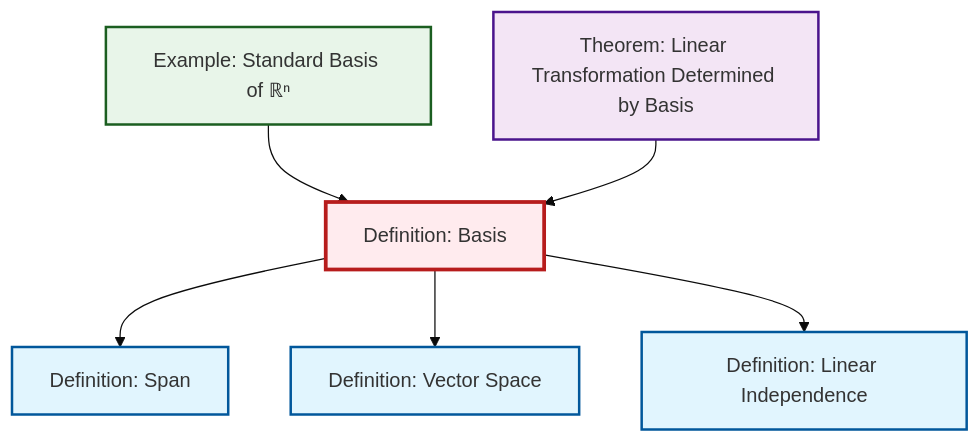
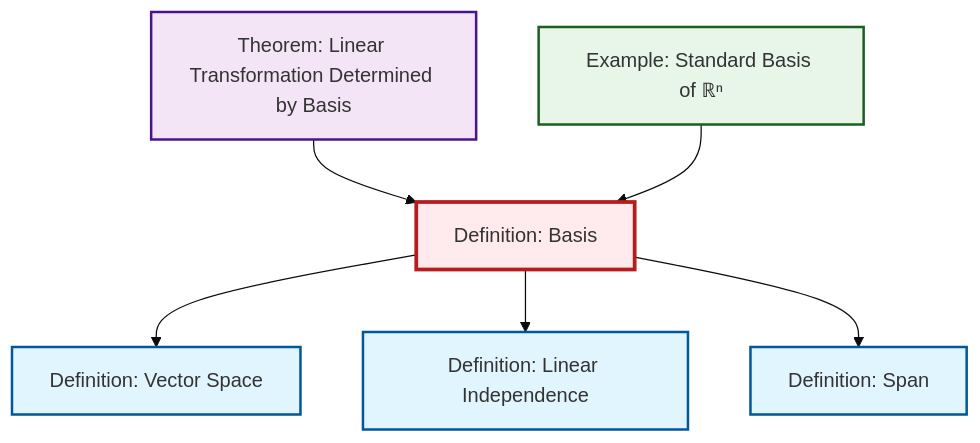
One commit to RK0429/ModernMath changed the diagram in content/ja/algebra/def-basis.qmd. Above: the diagram before and after it, drawn with Mermaid (base theme). The commit also changed other lines of this file and 474 other files, not shown here.

````diff
--- a/content/ja/algebra/def-basis.qmd
+++ b/content/ja/algebra/def-basis.qmd
@@ -56,26 +56,26 @@
 ```{mermaid}
 %%| fig-cap: "Local dependency graph"
 graph TD
     classDef definition fill:#e1f5fe,stroke:#01579b,stroke-width:2px
     classDef theorem fill:#f3e5f5,stroke:#4a148c,stroke-width:2px
     classDef axiom fill:#fff3e0,stroke:#e65100,stroke-width:2px
     classDef example fill:#e8f5e9,stroke:#1b5e20,stroke-width:2px
     classDef current fill:#ffebee,stroke:#b71c1c,stroke-width:3px
+    def-linear-independence["Definition: Linear Independence"]:::definition
     thm-linear-transformation-basis["Theorem: Linear Transformation Determined by Basis"]:::theorem
-    def-linear-independence["Definition: Linear Independence"]:::definition
+    def-vector-space["Definition: Vector Space"]:::definition
     def-basis["Definition: Basis"]:::definition
     ex-standard-basis-rn["Example: Standard Basis of ℝⁿ"]:::example
     def-span["Definition: Span"]:::definition
-    def-vector-space["Definition: Vector Space"]:::definition
-    ex-standard-basis-rn --> def-basis
-    def-basis --> def-span
     thm-linear-transformation-basis --> def-basis
     def-basis --> def-vector-space
+    ex-standard-basis-rn --> def-basis
     def-basis --> def-linear-independence
+    def-basis --> def-span
     class def-basis current
+    click def-linear-independence "def-linear-independence.html" "Definition: Linear Independenceへ"
     click thm-linear-transformation-basis "thm-linear-transformation-basis.html" "Theorem: Linear Transformation Determined by Basisへ"
-    click def-linear-independence "def-linear-independence.html" "Definition: Linear Independenceへ"
+    click def-vector-space "def-vector-space.html" "Definition: Vector Spaceへ"
     click ex-standard-basis-rn "ex-standard-basis-rn.html" "Example: Standard Basis of ℝⁿへ"
     click def-span "def-span.html" "Definition: Spanへ"
-    click def-vector-space "def-vector-space.html" "Definition: Vector Spaceへ"
 ```
````
